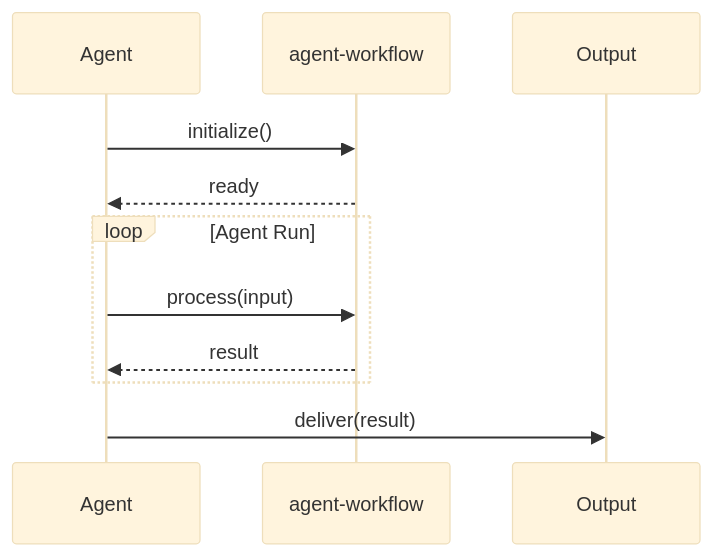
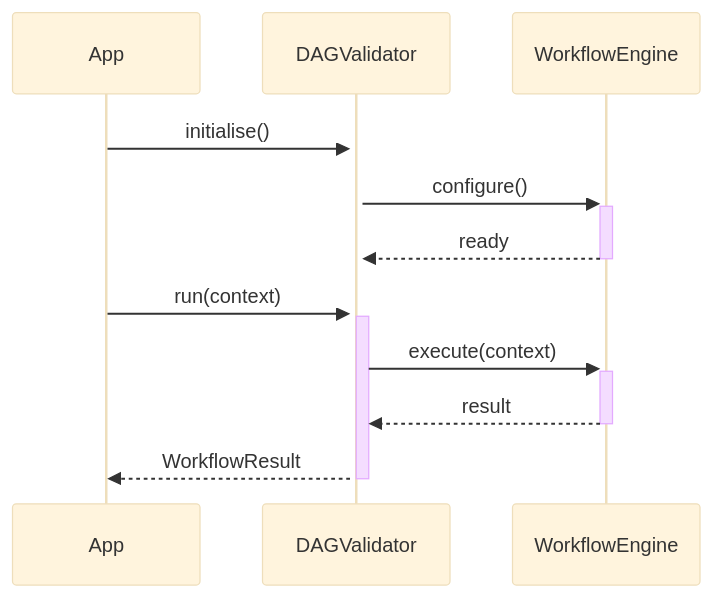
Before and after one commit to darshjme/karma: the second of 2 diagrams in README.md, drawn with Mermaid (base theme). The commit also changed other lines of this file and 1 other file, not shown here.

````diff
--- a/README.md
+++ b/README.md
@@ -72,16 +84,14 @@
 ```mermaid
 sequenceDiagram
-    participant Agent
-    participant AgentWorkflow as agent-workflow
-    participant Output
+    participant App
+    participant DAGValidator
+    participant WorkflowEngine
 
-    Agent->>AgentWorkflow: initialize()
-    AgentWorkflow-->>Agent: ready
-
-    loop Agent Run
-        Agent->>AgentWorkflow: process(input)
-        AgentWorkflow-->>Agent: result
-    end
-
-    Agent->>Output: deliver(result)
+    App->>+DAGValidator: initialise()
+    DAGValidator->>+WorkflowEngine: configure()
+    WorkflowEngine-->>-DAGValidator: ready
+    App->>+DAGValidator: run(context)
+    DAGValidator->>+WorkflowEngine: execute(context)
+    WorkflowEngine-->>-DAGValidator: result
+    DAGValidator-->>-App: WorkflowResult
 ```
````
